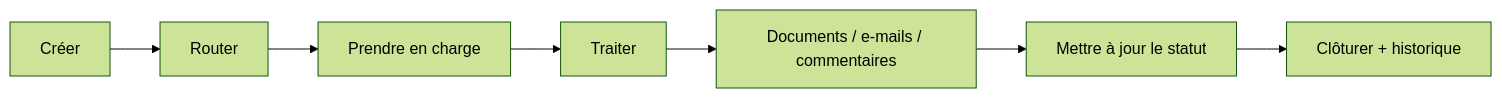
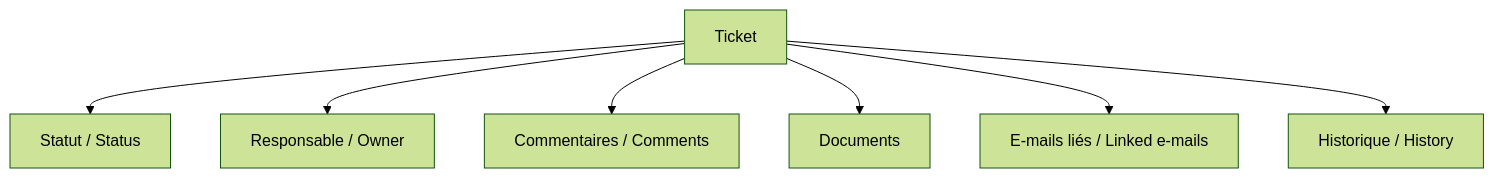
Before and after one commit to jeffersonkuku/jefferson-Mawapanga-Saku: the sixth of 11 diagrams in projects/power-platform-ticketing-system/README.md, drawn with Mermaid (forest theme). The commit also changed other lines of this file, not shown here.

````diff
--- a/projects/power-platform-ticketing-system/README.md
+++ b/projects/power-platform-ticketing-system/README.md
@@ -85,9 +165,9 @@
 ```mermaid
-flowchart LR
-    A[Créer] --> B[Router]
-    B --> C[Prendre en charge]
-    C --> D[Traiter]
-    D --> E[Documents / e-mails / commentaires]
-    E --> F[Mettre à jour le statut]
-    F --> G[Clôturer + historique]
+flowchart TB
+    T[Ticket] --> S[Statut / Status]
+    T --> O[Responsable / Owner]
+    T --> C[Commentaires / Comments]
+    T --> D[Documents]
+    T --> M[E-mails liés / Linked e-mails]
+    T --> H[Historique / History]
 ```
````
